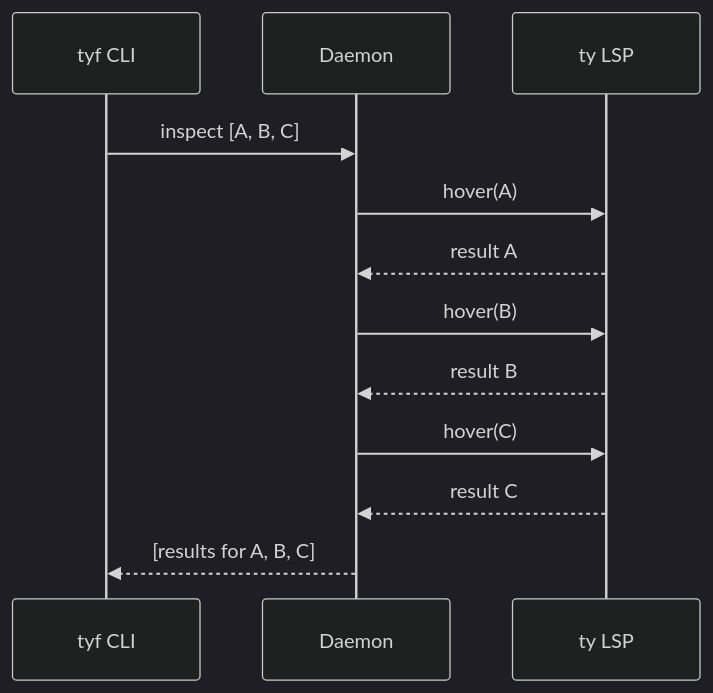
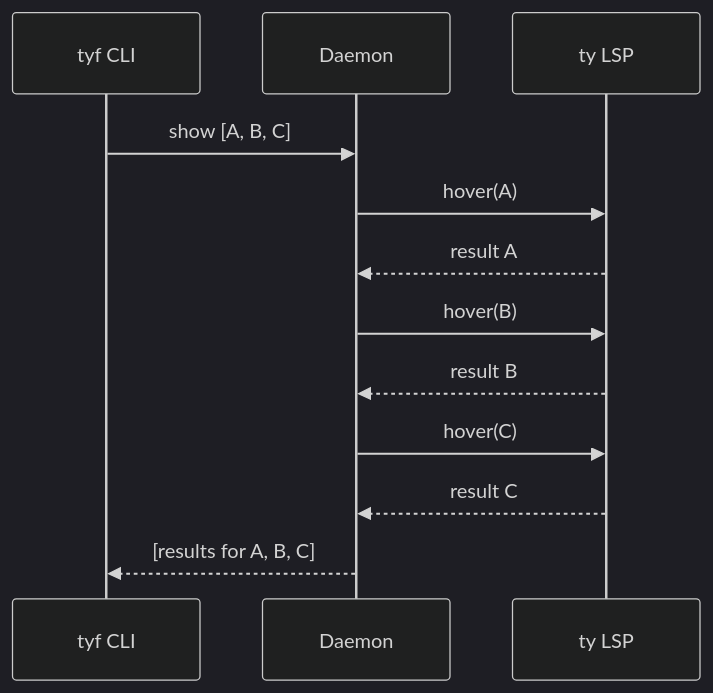
Before and after one commit to mojzis/ty-find: the tenth of 12 diagrams in docs/src/how-it-works.md, drawn with Mermaid (dark theme). The commit also changed other lines of this file and 27 other files, not shown here.

First line of the commit message:
Rename `inspect` command to `show`, update section headers, make doc opt-in

````diff
--- a/docs/src/how-it-works.md
+++ b/docs/src/how-it-works.md
@@ -259,15 +259,15 @@
 ```mermaid
 sequenceDiagram
     participant CLI as tyf CLI
     participant D as Daemon
     participant LSP as ty LSP
 
-    CLI->>D: inspect [A, B, C]
+    CLI->>D: show [A, B, C]
     D->>LSP: hover(A)
     LSP-->>D: result A
     D->>LSP: hover(B)
     LSP-->>D: result B
     D->>LSP: hover(C)
     LSP-->>D: result C
     D-->>CLI: [results for A, B, C]
 ```
````
